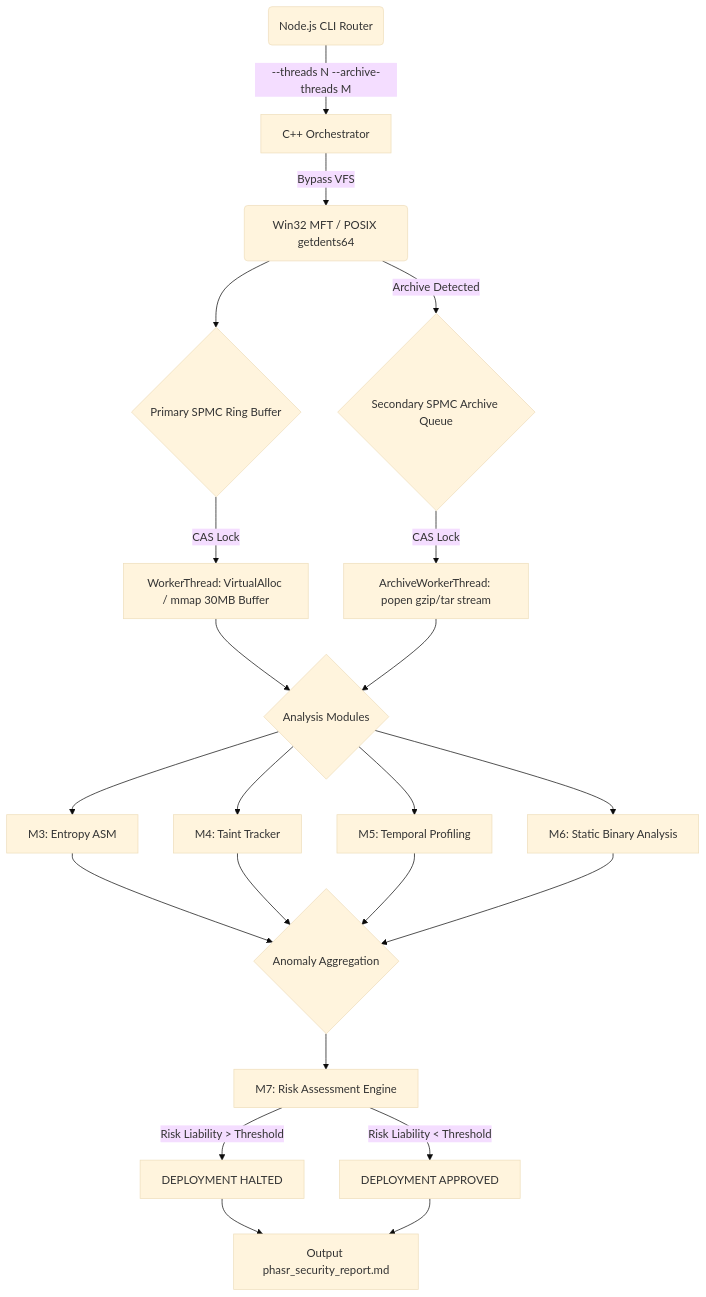
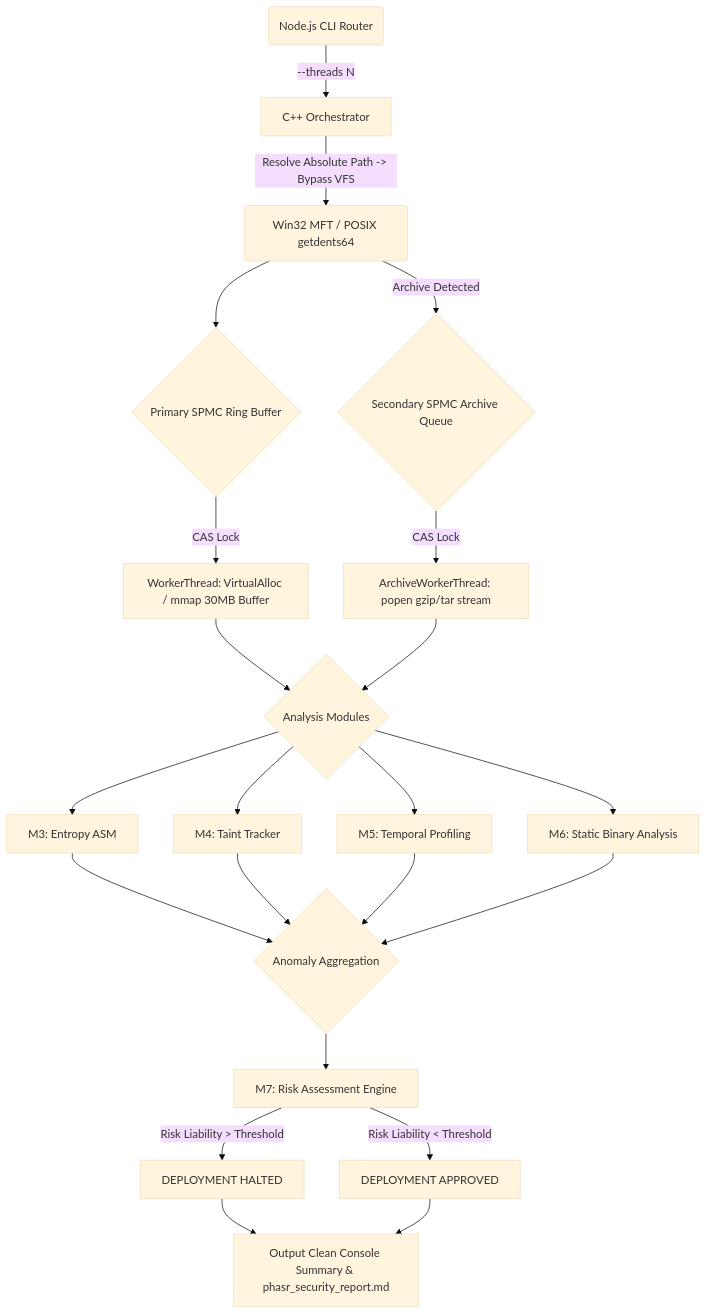
The diagram in docs/ARCHITECTURE.md (Zeo120/ZTL-Tech), drawn with Mermaid (base theme) before and after one commit. The commit also changed other lines of this file and 1 other file, not shown here.

Commit message:
docs: update architecture and data flow documentation with recent CLI pipeline changes

````diff
--- a/docs/ARCHITECTURE.md
+++ b/docs/ARCHITECTURE.md
@@ -36,29 +36,29 @@
 ```mermaid
 graph TD
-    CLI(Node.js CLI Router) -->|--threads N --archive-threads M| A
-    A[C++ Orchestrator] -->|Bypass VFS| B(Win32 MFT / POSIX getdents64)
+    CLI(Node.js CLI Router) -->|--threads N| A
+    A[C++ Orchestrator] -->|Resolve Absolute Path -> Bypass VFS| B(Win32 MFT / POSIX getdents64)
     B --> C{Primary SPMC Ring Buffer}
     C -->|CAS Lock| D[WorkerThread: VirtualAlloc / mmap 30MB Buffer]
     
     B -->|Archive Detected| C2{Secondary SPMC Archive Queue}
     C2 -->|CAS Lock| D2[ArchiveWorkerThread: popen gzip/tar stream]
     
     D --> E{Analysis Modules}
     D2 --> E
     
     E --> F[M3: Entropy ASM]
     E --> G[M4: Taint Tracker]
     E --> H[M5: Temporal Profiling]
     E --> I[M6: Static Binary Analysis]
     
     F --> J{Anomaly Aggregation}
     G --> J
     H --> J
     I --> J
     
     J --> K[M7: Risk Assessment Engine]
     K -->|Risk Liability > Threshold| L[DEPLOYMENT HALTED]
     K -->|Risk Liability < Threshold| M[DEPLOYMENT APPROVED]
-    L --> N[Output phasr_security_report.md]
+    L --> N[Output Clean Console Summary & phasr_security_report.md]
     M --> N
 ```
````
